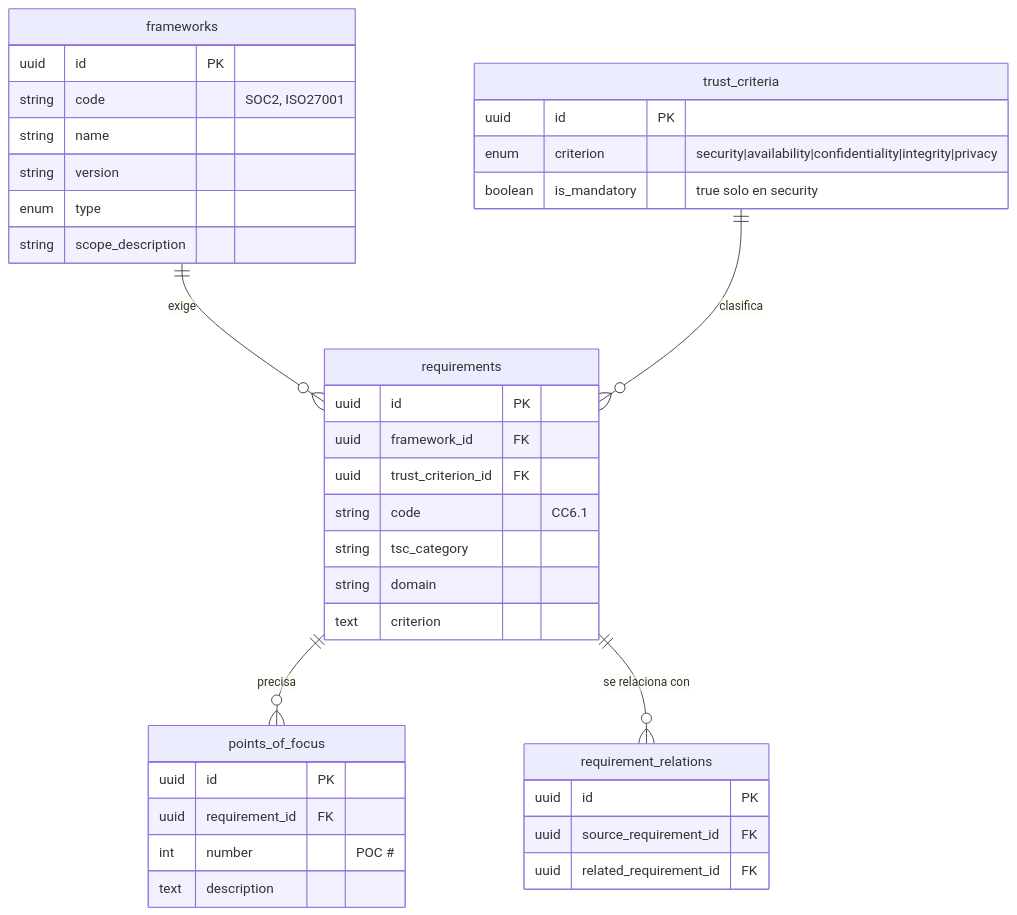
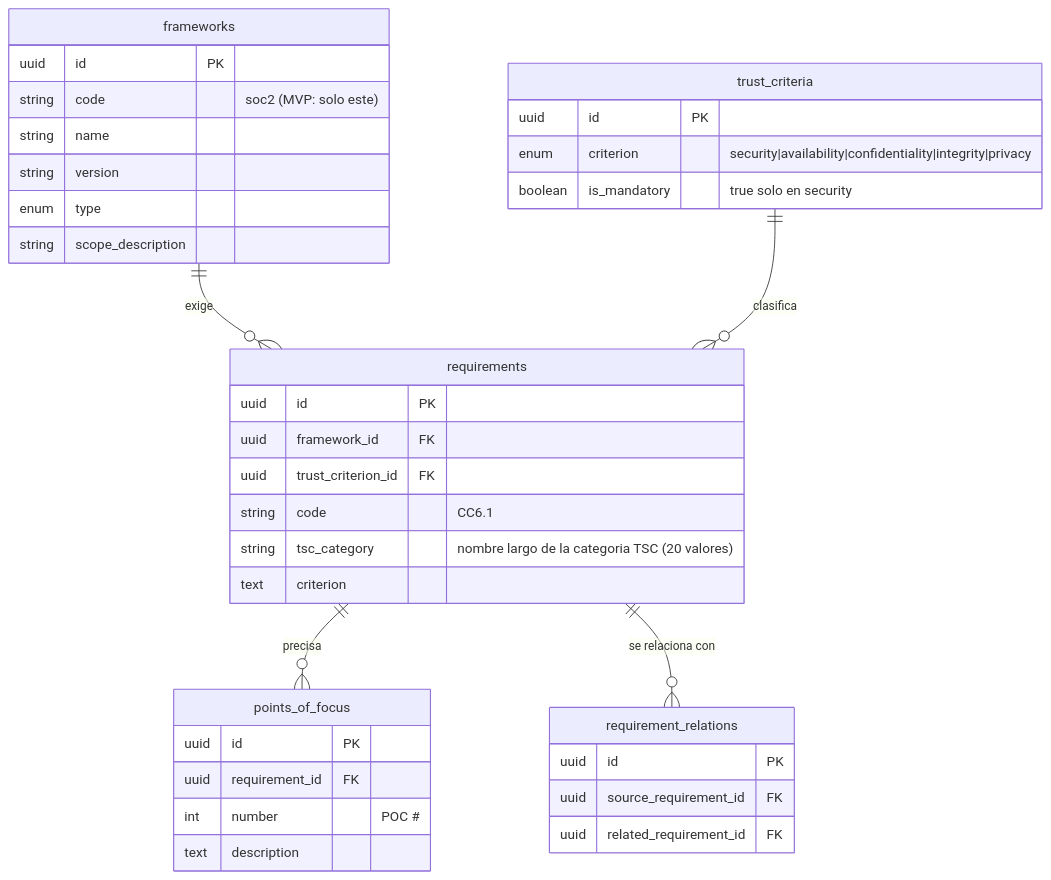
The first of 16 diagrams in skills/product/monkey-compliance-council/references/modelo-datos.md (Monkey-GRC/Monkey-Brain-IA), drawn with Mermaid before and after one commit. The commit also changed other lines of this file and 12 other files, not shown here.

````diff
--- a/skills/product/monkey-compliance-council/references/modelo-datos.md
+++ b/skills/product/monkey-compliance-council/references/modelo-datos.md
@@ -283,40 +281,39 @@
 ```mermaid
 erDiagram
     frameworks {
         uuid id PK
-        string code "SOC2, ISO27001"
+        string code "soc2 (MVP: solo este)"
         string name
         string version
         enum type
         string scope_description
     }
     requirements {
         uuid id PK
         uuid framework_id FK
         uuid trust_criterion_id FK
         string code "CC6.1"
-        string tsc_category
-        string domain
+        string tsc_category "nombre largo de la categoria TSC (20 valores)"
         text criterion
     }
     points_of_focus {
         uuid id PK
         uuid requirement_id FK
         int number "POC #"
         text description
     }
     requirement_relations {
         uuid id PK
         uuid source_requirement_id FK
         uuid related_requirement_id FK
     }
     trust_criteria {
         uuid id PK
         enum criterion "security|availability|confidentiality|integrity|privacy"
         boolean is_mandatory "true solo en security"
     }
     frameworks ||--o{ requirements : "exige"
     requirements ||--o{ points_of_focus : "precisa"
     requirements ||--o{ requirement_relations : "se relaciona con"
     trust_criteria ||--o{ requirements : "clasifica"
 ```
````
